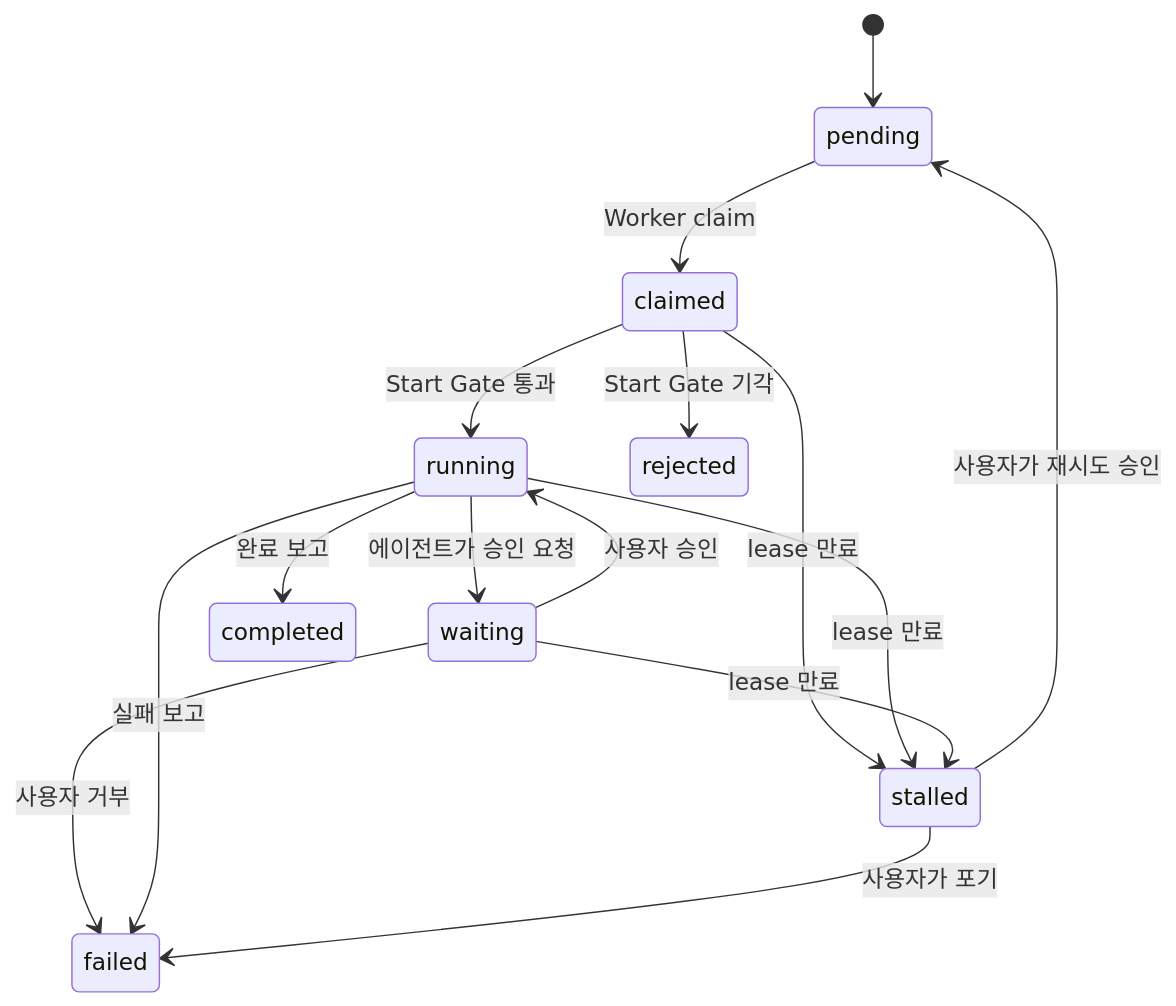
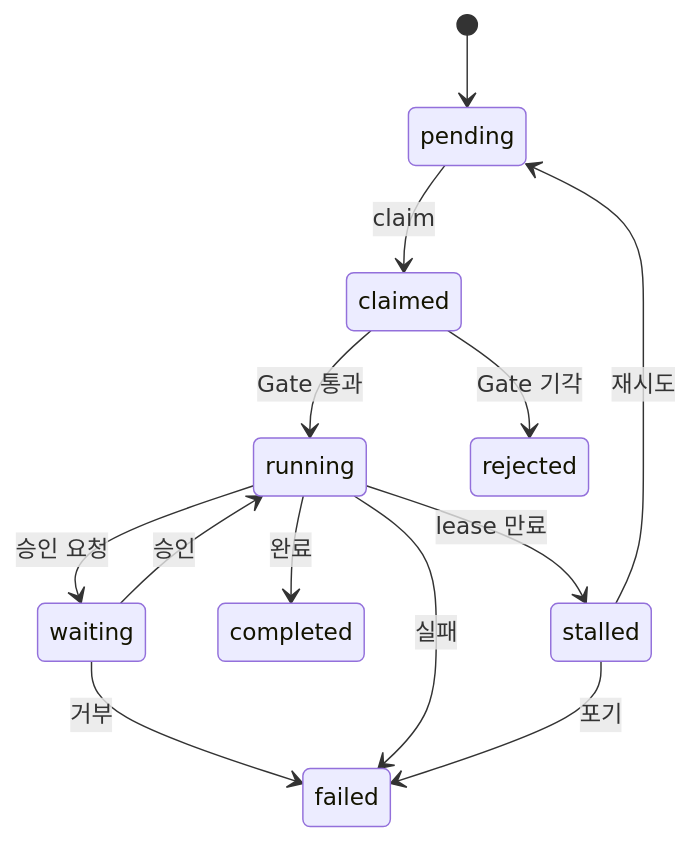
The second of 2 diagrams in README.md (explorer0113/samdi), drawn with Mermaid before and after one commit. The commit also changed other lines of this file, not shown here.

First line of the commit message:
문서: GitHub에서 엉키던 mermaid 구조도 정리

````diff
--- a/README.md
+++ b/README.md
@@ -70,17 +74,15 @@
 ```mermaid
 stateDiagram-v2
     [*] --> pending
-    pending --> claimed: Worker claim
-    claimed --> running: Start Gate 통과
-    claimed --> rejected: Start Gate 기각
-    running --> waiting: 에이전트가 승인 요청
-    waiting --> running: 사용자 승인
-    waiting --> failed: 사용자 거부
-    running --> completed: 완료 보고
-    running --> failed: 실패 보고
-    claimed --> stalled: lease 만료
+    pending --> claimed: claim
+    claimed --> running: Gate 통과
+    claimed --> rejected: Gate 기각
+    running --> waiting: 승인 요청
+    waiting --> running: 승인
+    waiting --> failed: 거부
+    running --> completed: 완료
+    running --> failed: 실패
     running --> stalled: lease 만료
-    waiting --> stalled: lease 만료
-    stalled --> pending: 사용자가 재시도 승인
-    stalled --> failed: 사용자가 포기
+    stalled --> pending: 재시도
+    stalled --> failed: 포기
 ```
````
